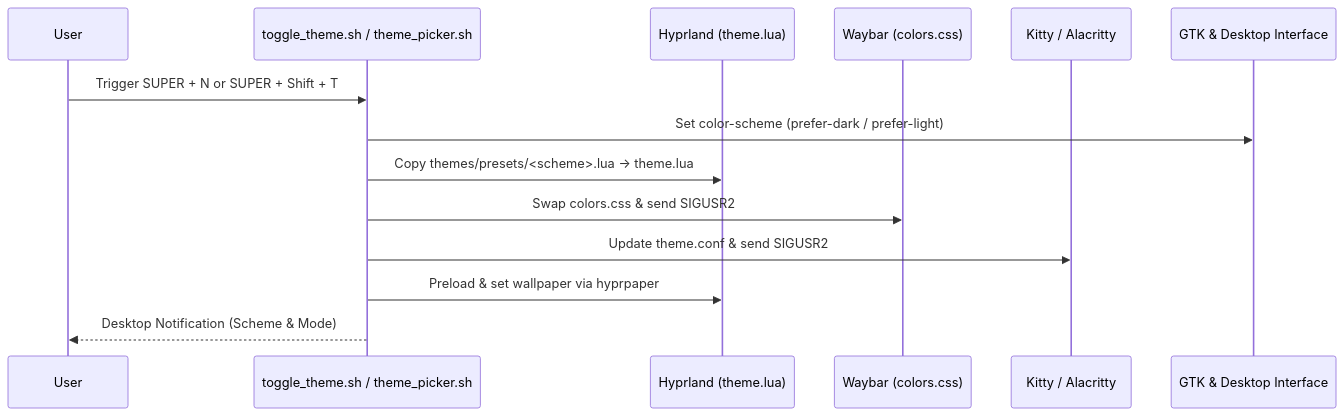
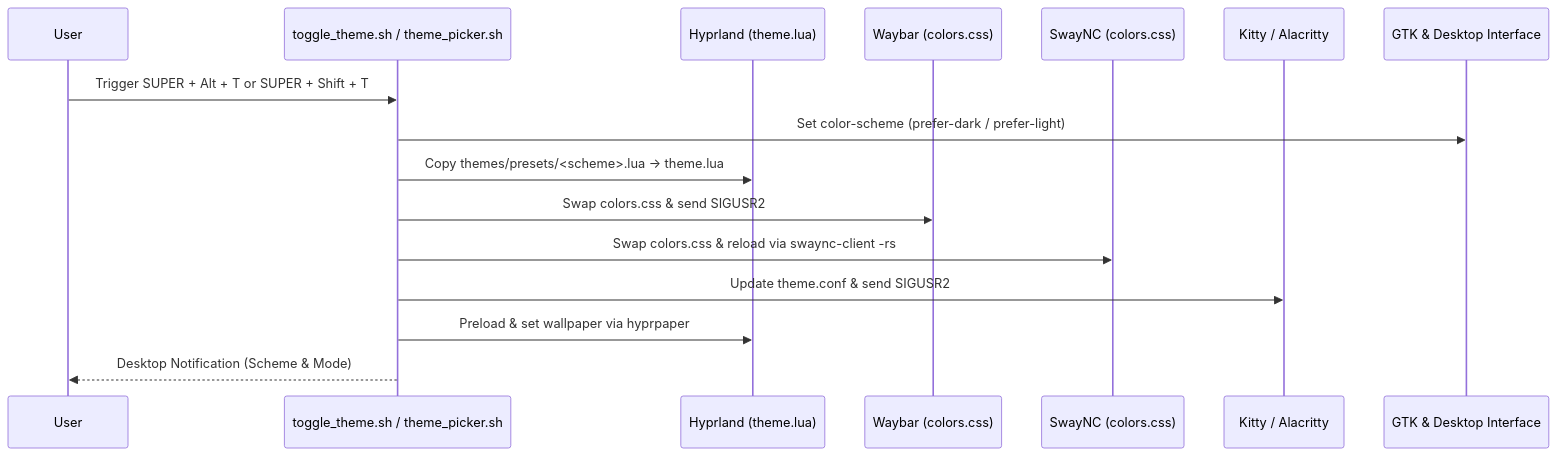
The second of 2 diagrams in ARCHITECTURE.md (CozyRunner/arch-post-install), drawn with Mermaid before and after one commit. The commit also changed other lines of this file and 31 other files, not shown here.

Commit message:
feat: add swaync theme switcher integration and modular color scheme support

````diff
--- a/ARCHITECTURE.md
+++ b/ARCHITECTURE.md
@@ -158,17 +161,19 @@
 ```mermaid
 sequenceDiagram
     participant User
     participant Switcher as toggle_theme.sh / theme_picker.sh
     participant Hyprland as Hyprland (theme.lua)
     participant Waybar as Waybar (colors.css)
+    participant SwayNC as SwayNC (colors.css)
     participant Terminals as Kitty / Alacritty
     participant GTK as GTK & Desktop Interface
 
-    User->>Switcher: Trigger SUPER + N or SUPER + Shift + T
+    User->>Switcher: Trigger SUPER + Alt + T or SUPER + Shift + T
     Switcher->>GTK: Set color-scheme (prefer-dark / prefer-light)
     Switcher->>Hyprland: Copy themes/presets/<scheme>.lua -> theme.lua
     Switcher->>Waybar: Swap colors.css & send SIGUSR2
+    Switcher->>SwayNC: Swap colors.css & reload via swaync-client -rs
     Switcher->>Terminals: Update theme.conf & send SIGUSR2
     Switcher->>Hyprland: Preload & set wallpaper via hyprpaper
     Switcher-->>User: Desktop Notification (Scheme & Mode)
 ```
````
